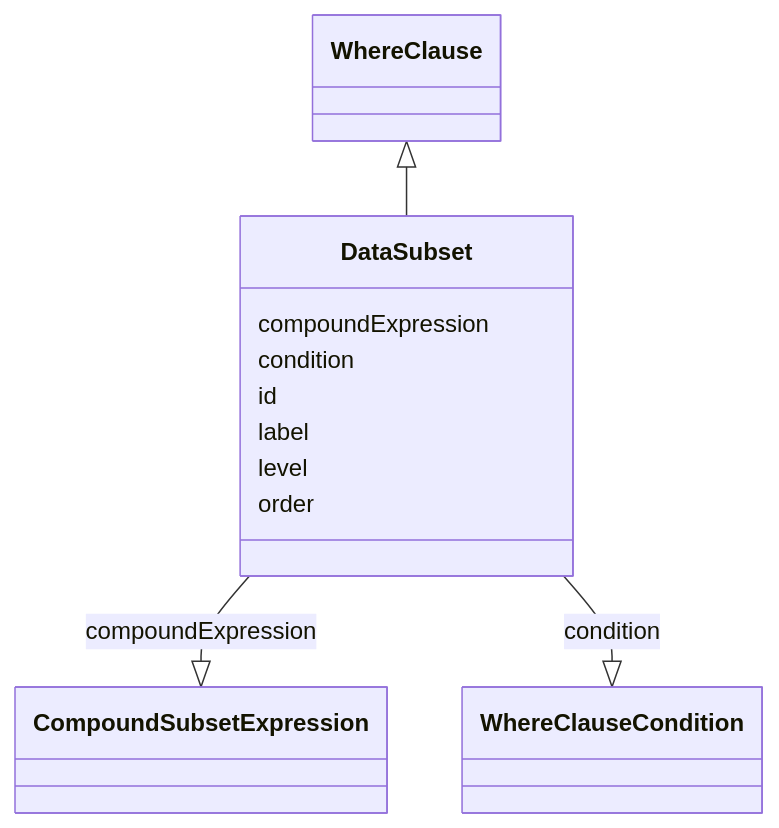
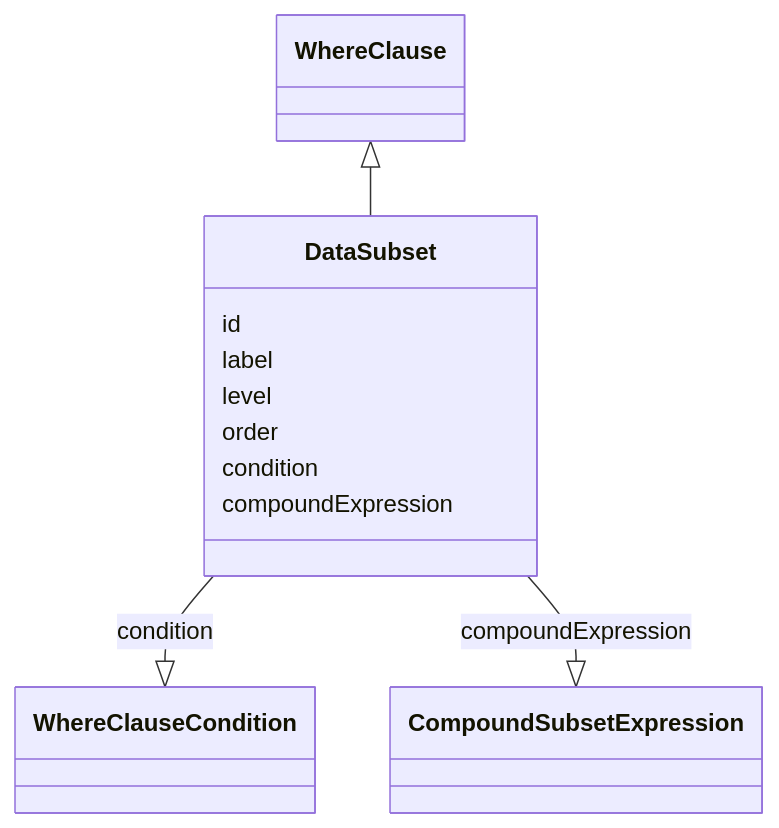
The diagram in project/docs/DataSubset.md (cdisc-org/analysis-results-standard), drawn with Mermaid before and after one commit. The commit also changed other lines of this file and 192 other files, not shown here.

````diff
--- a/project/docs/DataSubset.md
+++ b/project/docs/DataSubset.md
@@ -15,23 +13,15 @@
 ```mermaid
  classDiagram
     class DataSubset
       WhereClause <|-- DataSubset
-      
-      DataSubset : compoundExpression
+
+      DataSubset : id
+        DataSubset : label
+        DataSubset : level
+        DataSubset : order
+        DataSubset : condition
+        DataSubset --|> WhereClauseCondition : condition
+        DataSubset : compoundExpression
+        DataSubset --|> CompoundSubsetExpression : compoundExpression
         
-          DataSubset --|> CompoundSubsetExpression : compoundExpression
-        
-      DataSubset : condition
-        
-          DataSubset --|> WhereClauseCondition : condition
-        
-      DataSubset : id
-        
-      DataSubset : label
-        
-      DataSubset : level
-        
-      DataSubset : order
-        
-      
 ```
````
